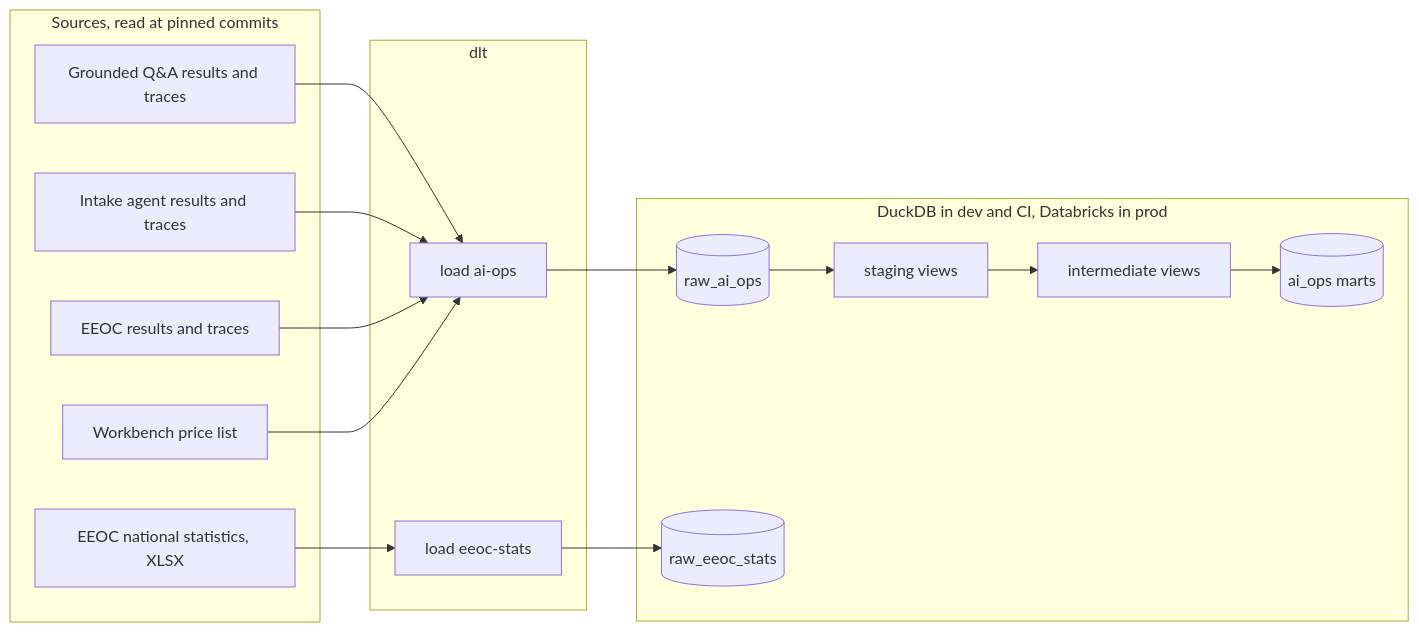
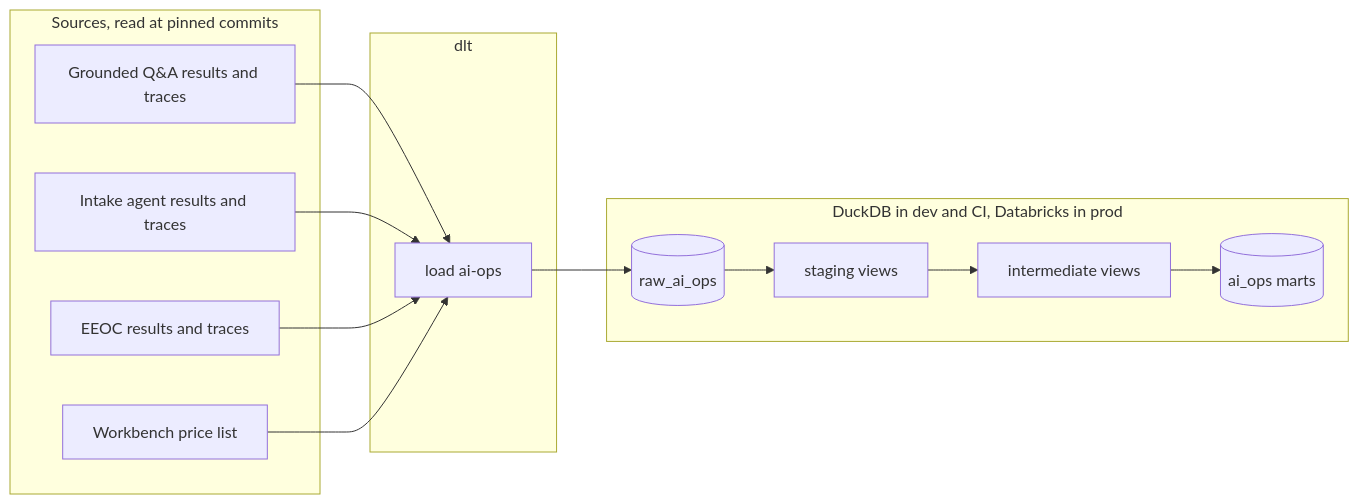
The diagram in README.md (iamkevinstreet/ai-operations), drawn with Mermaid before and after one commit. The commit also changed other lines of this file and 40 other files, not shown here.

First line of the commit message:
Become ai-operations, with the platform and the EEOC statistics moved out (v0.2.0)

````diff
--- a/README.md
+++ b/README.md
@@ -44,24 +60,20 @@
 ```mermaid
 flowchart LR
     subgraph sources [Sources, read at pinned commits]
         G[Grounded Q&A results and traces]
         I[Intake agent results and traces]
         E[EEOC results and traces]
         P[Workbench price list]
-        X[EEOC national statistics, XLSX]
     end
     subgraph load [dlt]
         L1[load ai-ops]
-        L2[load eeoc-stats]
     end
     subgraph warehouse [DuckDB in dev and CI, Databricks in prod]
         R[(raw_ai_ops)]
-        R2[(raw_eeoc_stats)]
         S[staging views]
         N[intermediate views]
         M[(ai_ops marts)]
     end
     G & I & E & P --> L1 --> R
-    X --> L2 --> R2
     R --> S --> N --> M
 ```
````
